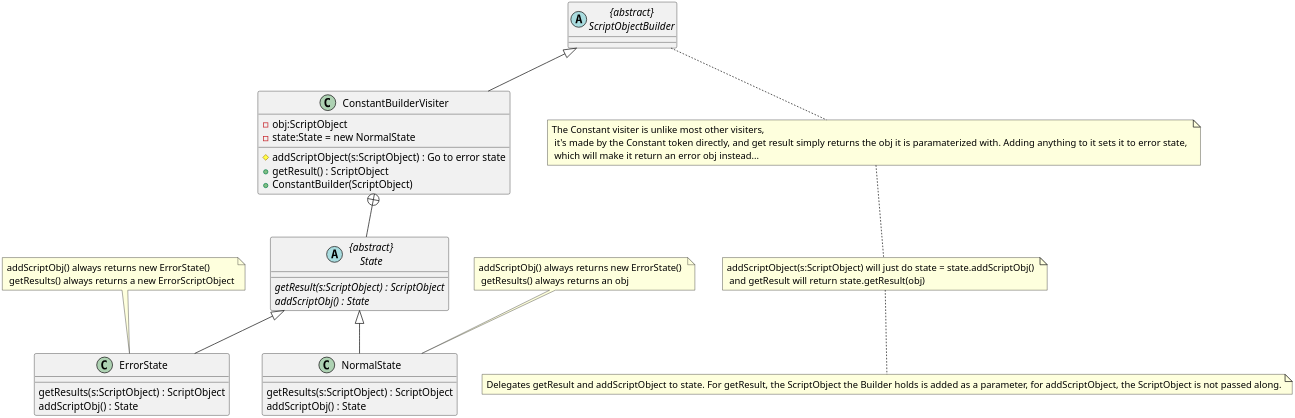
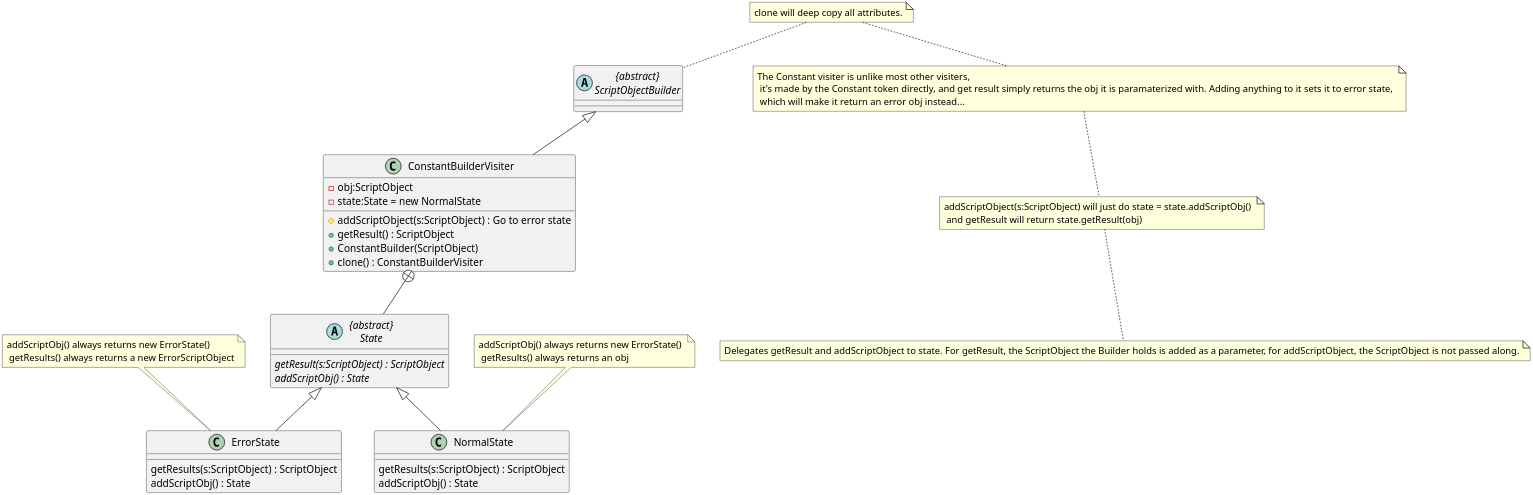
Before and after one commit to MatthewBregg/DesignPatternsRepo: the diagram in Builder/ConstantBuilder.org, drawn with PlantUML. The commit also changed 20 other files, not shown here.

```diff
--- a/Builder/ConstantBuilder.org
+++ b/Builder/ConstantBuilder.org
@@ -2,40 +2,43 @@
   #+BEGIN_SRC plantuml :file ConstantBuilder.png
 skinparam dpi 300
 class ConstantBuilderVisiter
 
 abstract class ScriptObjectBuilder as "{abstract}\nScriptObjectBuilder"
 
 ScriptObjectBuilder <|-- ConstantBuilderVisiter
 
 ConstantBuilderVisiter : #addScriptObject(s:ScriptObject) : Go to error state
 ConstantBuilderVisiter : +getResult() : ScriptObject 
 ConstantBuilderVisiter : -obj:ScriptObject
 ConstantBuilderVisiter : -state:State = new NormalState
 ConstantBuilderVisiter : +ConstantBuilder(ScriptObject)
+ConstantBuilderVisiter : +clone() : ConstantBuilderVisiter
+note top : clone will deep copy all attributes.
+
 
 note bottom : The Constant visiter is unlike most other visiters,\n it's made by the Constant token directly, and get result simply returns the obj it is paramaterized with. Adding anything to it sets it to error state, \n which will make it return an error obj instead...
 note bottom : addScriptObject(s:ScriptObject) will just do state = state.addScriptObj() \n and getResult will return state.getResult(obj)
 note bottom : Delegates getResult and addScriptObject to state. For getResult, the ScriptObject the Builder holds is added as a parameter, for addScriptObject, the ScriptObject is not passed along. 
 
 abstract class State as "{abstract}\nState"
 State : {abstract}getResult(s:ScriptObject) : ScriptObject
 State : {abstract}addScriptObj() : State
 
 ConstantBuilderVisiter +-- State
 
 class ErrorState 
 ErrorState : getResults(s:ScriptObject) : ScriptObject
 ErrorState : addScriptObj() : State 
 
 note top : addScriptObj() always returns new ErrorState() \n getResults() always returns a new ErrorScriptObject
 
 class NormalState 
 NormalState : getResults(s:ScriptObject) : ScriptObject
 NormalState : addScriptObj() : State 
 
 State <|-- ErrorState
 State <|-- NormalState
 
 note top : addScriptObj() always returns new ErrorState() \n getResults() always returns an obj
 
   #+END_SRC
```
